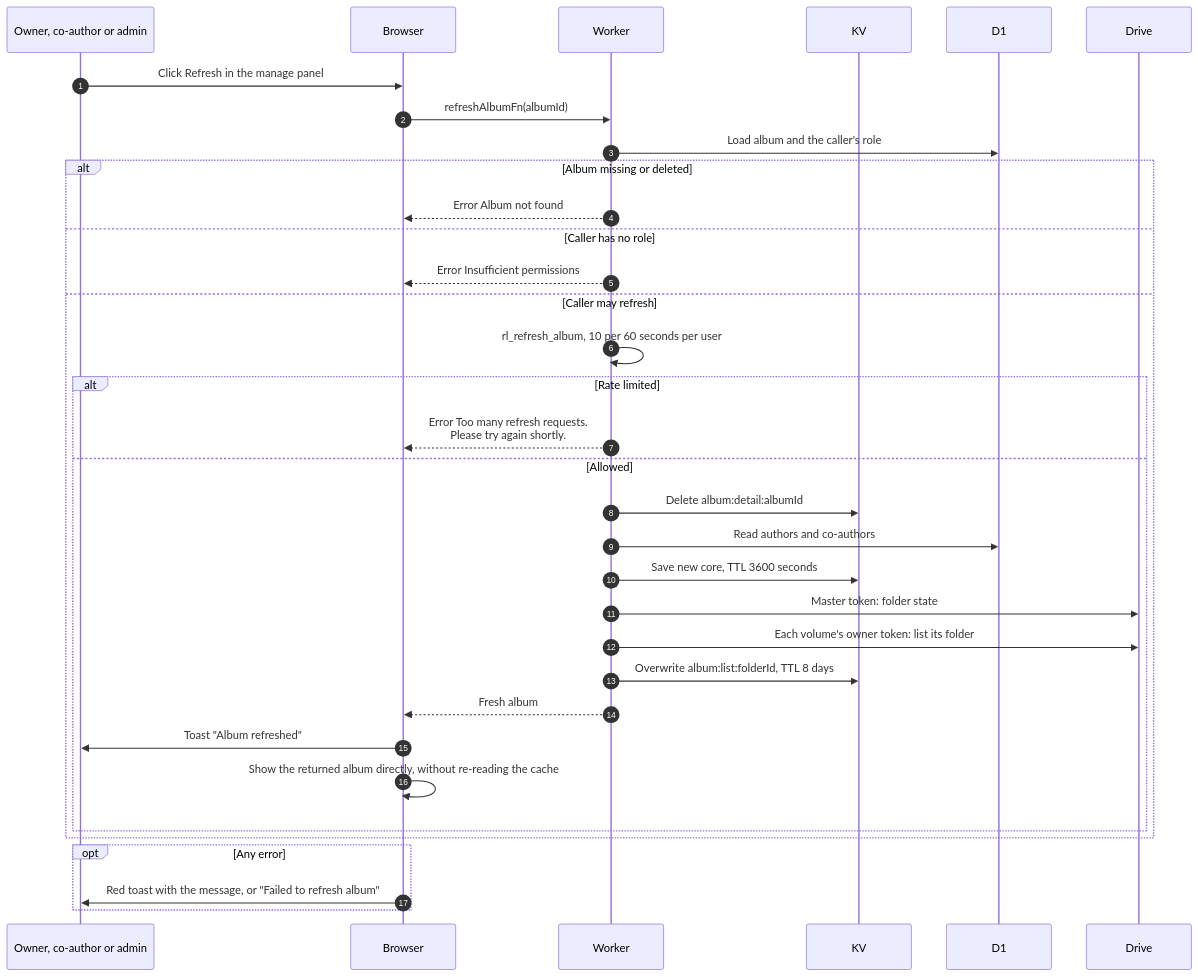
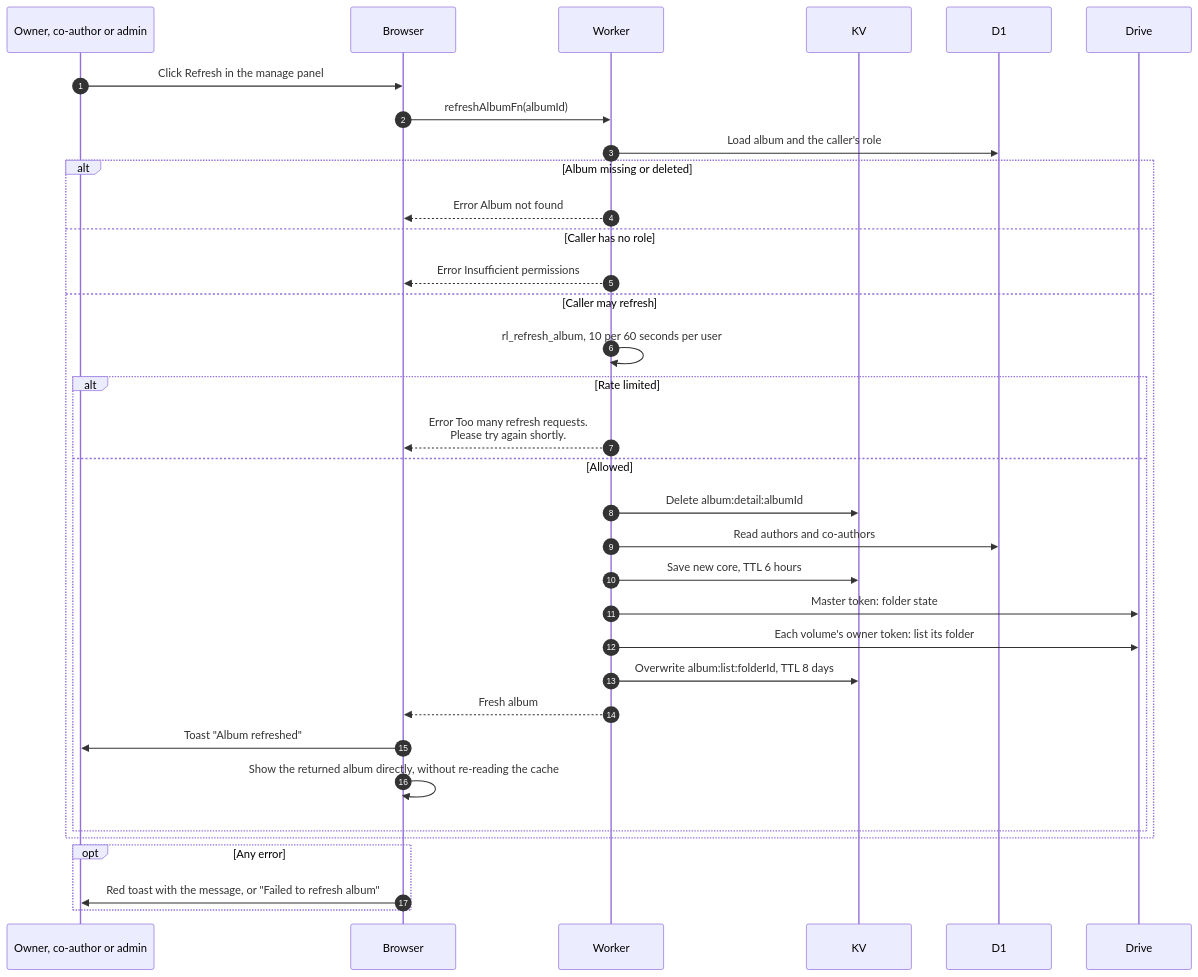
One commit to sagyzdop/meriksirat changed the diagram in docs/scenarios/albums/refresh-album.md. Above: the diagram before and after it, drawn with Mermaid. The commit also changed other lines of this file and 18 other files, not shown here.

````diff
--- a/docs/scenarios/albums/refresh-album.md
+++ b/docs/scenarios/albums/refresh-album.md
@@ -14,36 +14,36 @@
 ```mermaid
 sequenceDiagram
     autonumber
     participant M as Owner, co-author or admin
     participant B as Browser
     participant W as Worker
     participant K as KV
     participant D as D1
     participant G as Drive
     M->>B: Click Refresh in the manage panel
     B->>W: refreshAlbumFn(albumId)
     W->>D: Load album and the caller's role
     alt Album missing or deleted
         W-->>B: Error Album not found
     else Caller has no role
         W-->>B: Error Insufficient permissions
     else Caller may refresh
         W->>W: rl_refresh_album, 10 per 60 seconds per user
         alt Rate limited
             W-->>B: Error Too many refresh requests.<br/>Please try again shortly.
         else Allowed
             W->>K: Delete album:detail:albumId
             W->>D: Read authors and co-authors
-            W->>K: Save new core, TTL 3600 seconds
+            W->>K: Save new core, TTL 6 hours
             W->>G: Master token: folder state
             W->>G: Each volume's owner token: list its folder
             W->>K: Overwrite album:list:folderId, TTL 8 days
             W-->>B: Fresh album
             B->>M: Toast "Album refreshed"
             B->>B: Show the returned album directly, without re-reading the cache
         end
     end
     opt Any error
         B->>M: Red toast with the message, or "Failed to refresh album"
     end
 ```
````
